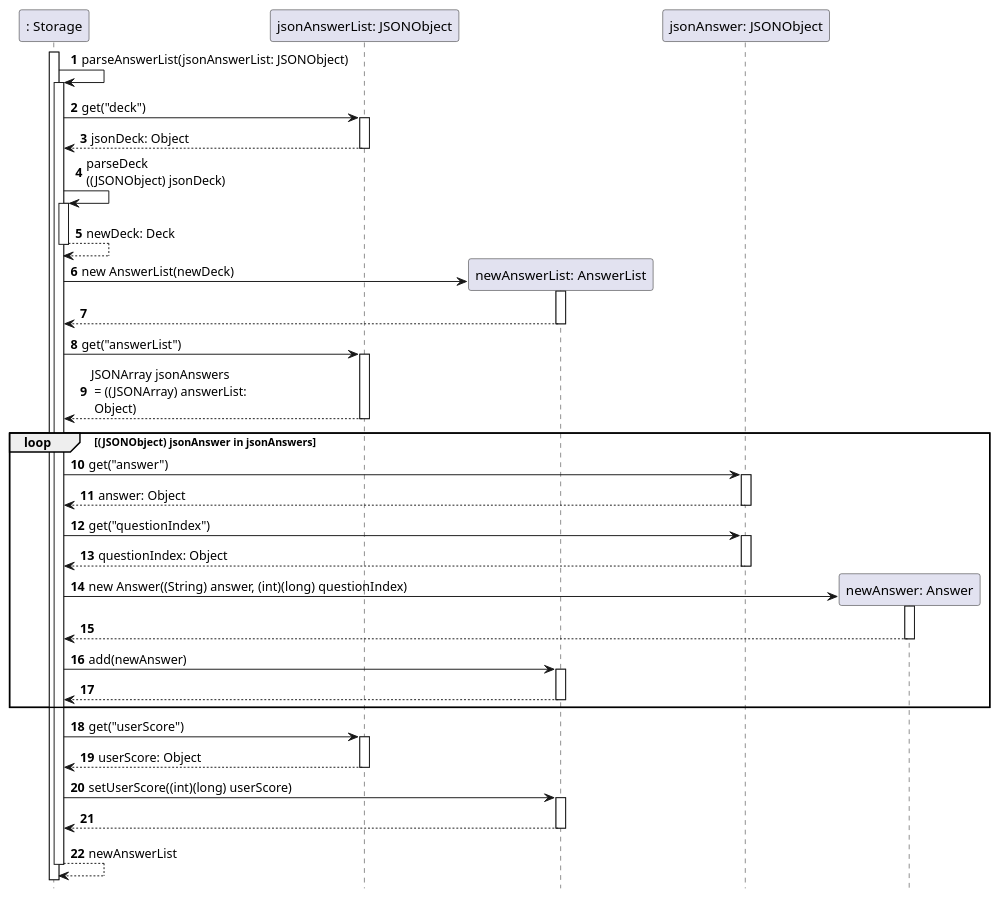
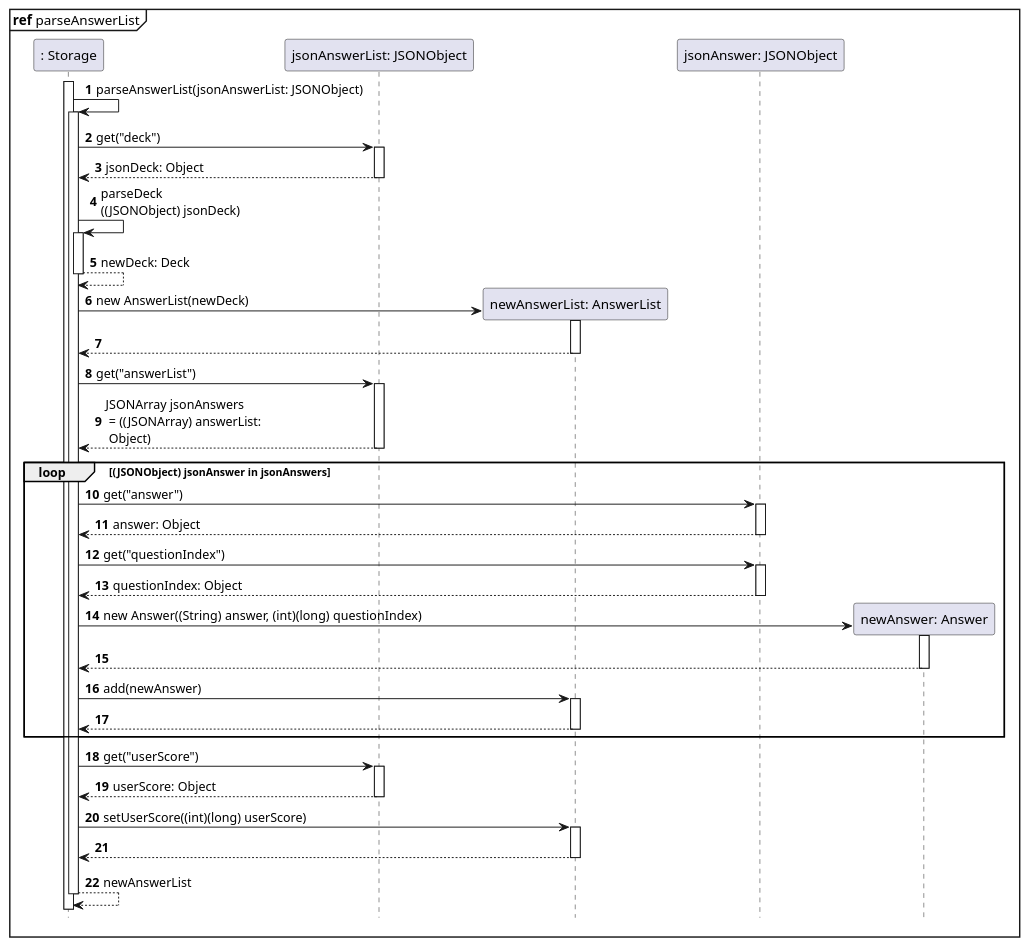
Before and after one commit to xkisxk/tp: the diagram in docs/uml/parseAnswerListSeqDiagram.puml, drawn with PlantUML. The commit also changed 3 other files, not shown here.

Commit message:
Added ref boxes to parseDeck and parseAnswerList seq diagrams

```diff
--- a/docs/uml/parseAnswerListSeqDiagram.puml
+++ b/docs/uml/parseAnswerListSeqDiagram.puml
@@ -1,84 +1,85 @@
 @startuml
 'https://plantuml.com/sequence-diagram
 
 participant ": Storage" as Store
 participant "jsonAnswerList: JSONObject" as jsonAL
 participant "newAnswerList: AnswerList" as AL
 participant "jsonAnswer: JSONObject" as jsonAns
 participant "newAnswer: Answer" as Ans
 autonumber
 hide footbox
 
+mainframe **ref** parseAnswerList
 activate Store
 
 Store->Store: parseAnswerList(jsonAnswerList: JSONObject)
 activate Store
 
 Store->jsonAL: get("deck")
 activate jsonAL
 
 Store<--jsonAL: jsonDeck: Object
 deactivate jsonAL
 
 Store->Store: parseDeck\n((JSONObject) jsonDeck)
 activate Store
 
 Store-->Store: newDeck: Deck
 deactivate Store
 
 Store->AL**:new AnswerList(newDeck)
 activate AL
 
 Store<--AL
 deactivate AL
 
 Store->jsonAL: get("answerList")
 activate jsonAL
 
 Store<--jsonAL: JSONArray jsonAnswers\n = ((JSONArray) answerList:\n Object)
 deactivate jsonAL
 
 loop (JSONObject) jsonAnswer in jsonAnswers
 
 Store->jsonAns: get("answer")
 activate jsonAns
 
 Store<--jsonAns: answer: Object
 deactivate jsonAns
 
 Store->jsonAns: get("questionIndex")
 activate jsonAns
 
 Store<--jsonAns: questionIndex: Object
 deactivate jsonAns
 
 Store->Ans**: new Answer((String) answer, (int)(long) questionIndex)
 activate Ans
 
 Store<--Ans
 deactivate Ans
 
 Store->AL: add(newAnswer)
 activate AL
 
 Store<--AL
 deactivate AL
 
 end
 
 Store->jsonAL: get("userScore")
 activate jsonAL
 
 Store<--jsonAL: userScore: Object
 deactivate jsonAL
 
 Store->AL: setUserScore((int)(long) userScore)
 activate AL
 
 Store<--AL
 deactivate AL
 
 Store-->Store: newAnswerList
 deactivate Store
 
 @enduml
```
